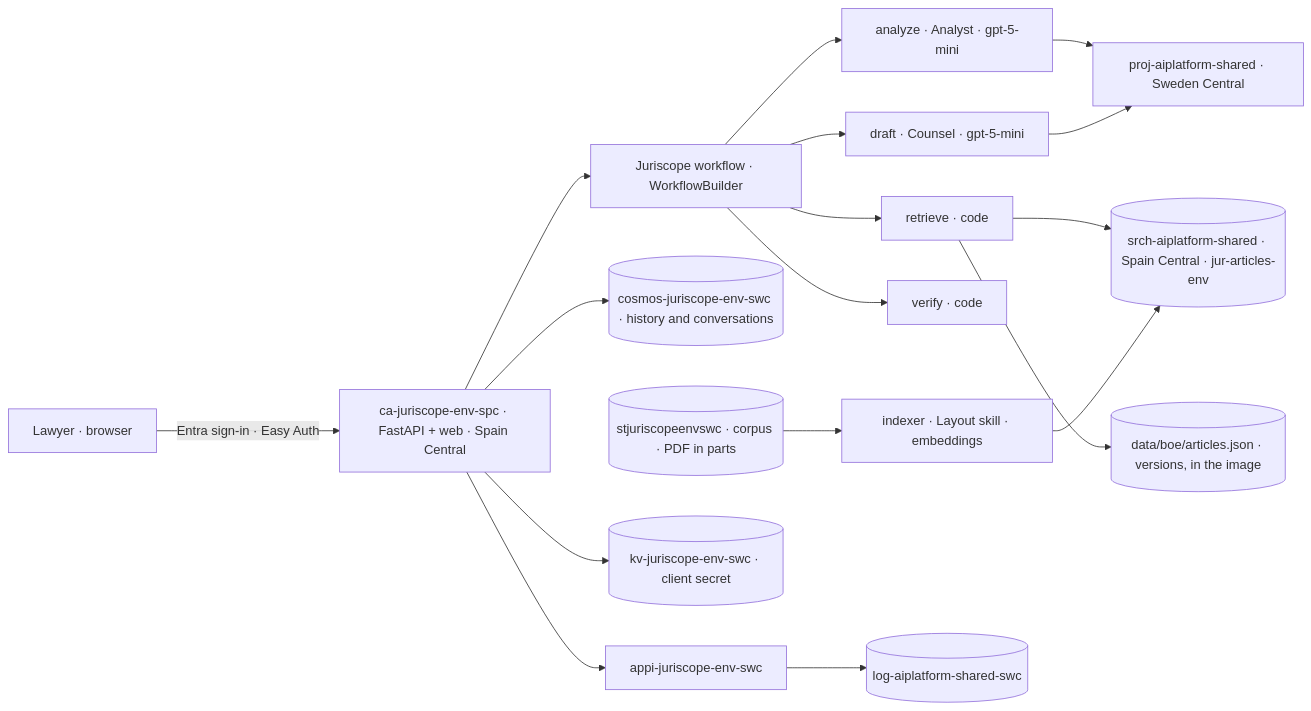
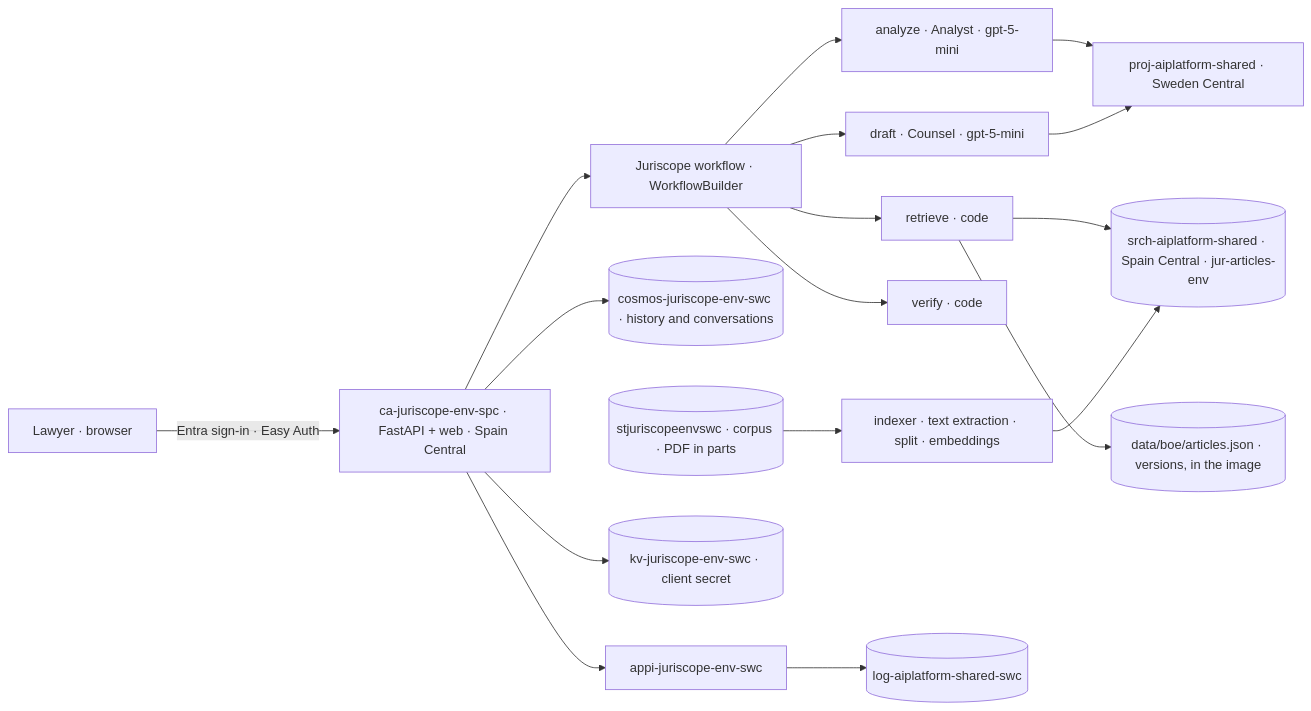
Before and after one commit to Rodrigo-GomezdelMoral/product-legal-juriscope: the diagram in docs/architecture.md, drawn with Mermaid. The commit also changed 6 other files, not shown here.

First line of the commit message:
Index the corpus PDF with built-in text extraction, not Layout

````diff
--- a/docs/architecture.md
+++ b/docs/architecture.md
@@ -3,16 +3,16 @@
 ```mermaid
 graph LR
     U["Lawyer · browser"] -->|Entra sign-in · Easy Auth| CA["ca-juriscope-env-spc · FastAPI + web · Spain Central"]
     CA --> WF["Juriscope workflow · WorkflowBuilder"]
     WF --> AN["analyze · Analyst · gpt-5-mini"]
     WF --> RT["retrieve · code"]
     WF --> DR["draft · Counsel · gpt-5-mini"]
     WF --> VF["verify · code"]
     RT --> SRCH[("srch-aiplatform-shared · Spain Central · jur-articles-env")]
     RT --> STORE[("data/boe/articles.json · versions, in the image")]
     CA --> COSMOS[("cosmos-juriscope-env-swc · history and conversations")]
     AN & DR --> FDRY["proj-aiplatform-shared · Sweden Central"]
-    BLOB[("stjuriscopeenvswc · corpus · PDF in parts")] --> IDXR["indexer · Layout skill · embeddings"] --> SRCH
+    BLOB[("stjuriscopeenvswc · corpus · PDF in parts")] --> IDXR["indexer · text extraction · split · embeddings"] --> SRCH
     CA --> KV[("kv-juriscope-env-swc · client secret")]
     CA --> APPI["appi-juriscope-env-swc"] --> LAW[("log-aiplatform-shared-swc")]
 ```
````
